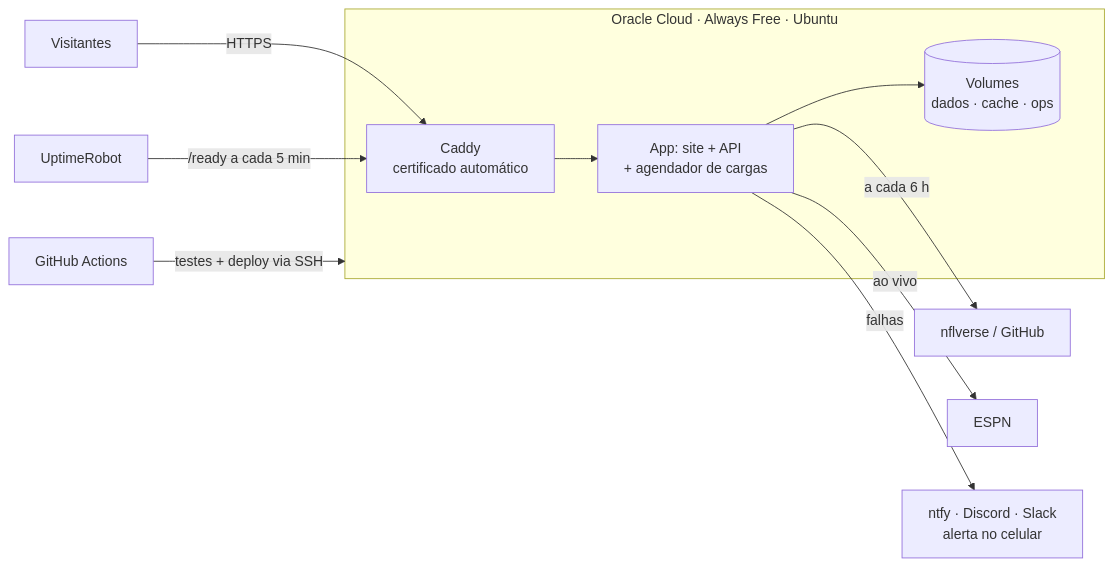
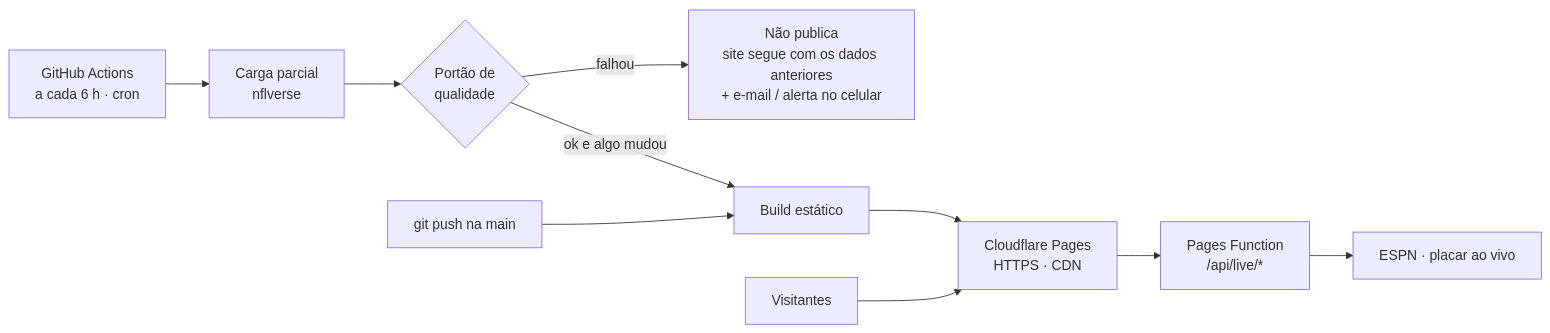
Before and after one commit to lucasllimati/end-zone-analytics: the diagram in docs/PUBLICACAO.md, drawn with Mermaid. The commit also changed other lines of this file and 17 other files, not shown here.

Commit message:
Melhorias para publicacao da pagina em producao no Cloudflare Pages via GitHub Actions

````diff
--- a/docs/PUBLICACAO.md
+++ b/docs/PUBLICACAO.md
@@ -11,13 +11,10 @@
 ```mermaid
 flowchart LR
-  U[Visitantes] -->|HTTPS| C[Caddy<br/>certificado automático]
-  subgraph VM[Oracle Cloud · Always Free · Ubuntu]
-    C --> A[App: site + API<br/>+ agendador de cargas]
-    A --> V[(Volumes<br/>dados · cache · ops)]
-  end
-  A -->|a cada 6 h| N[nflverse / GitHub]
-  A -->|ao vivo| E[ESPN]
-  A -->|falhas| P[ntfy · Discord · Slack<br/>alerta no celular]
-  G[GitHub Actions] -->|testes + deploy via SSH| VM
-  R[UptimeRobot] -->|/ready a cada 5 min| C
+  C[GitHub Actions<br/>a cada 6 h · cron] --> D[Carga parcial<br/>nflverse]
+  D --> Q{Portão de<br/>qualidade}
+  Q -->|ok e algo mudou| B[Build estático] --> P[Cloudflare Pages<br/>HTTPS · CDN]
+  Q -->|falhou| X[Não publica<br/>site segue com os dados anteriores<br/>+ e-mail / alerta no celular]
+  G[git push na main] --> B
+  V[Visitantes] --> P
+  P --> F[Pages Function<br/>/api/live/*] --> E[ESPN · placar ao vivo]
 ```
````
